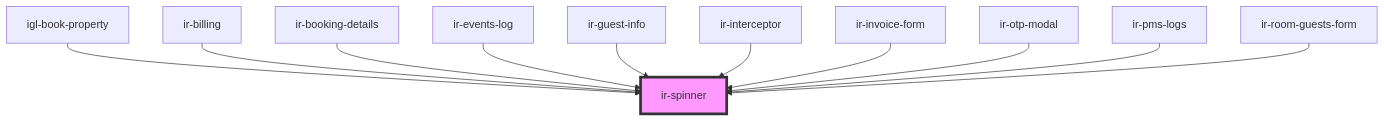
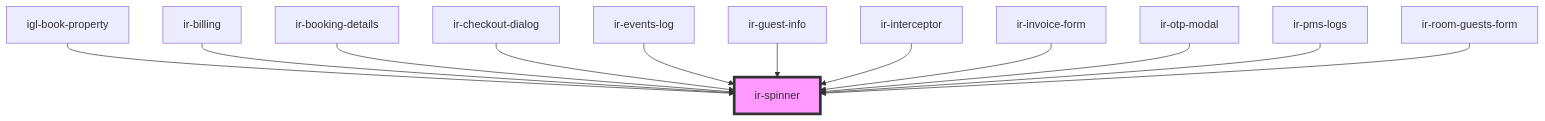
Before and after one commit to David1Chowaifaty/modified-ir-webcmp: the diagram in src/components/ui/ir-spinner/readme.md, drawn with Mermaid. The commit also changed other lines of this file and 20 other files, not shown here.

````diff
--- a/src/components/ui/ir-spinner/readme.md
+++ b/src/components/ui/ir-spinner/readme.md
@@ -34,14 +35,15 @@
 ```mermaid
 graph TD;
   igl-book-property --> ir-spinner
   ir-billing --> ir-spinner
   ir-booking-details --> ir-spinner
+  ir-checkout-dialog --> ir-spinner
   ir-events-log --> ir-spinner
   ir-guest-info --> ir-spinner
   ir-interceptor --> ir-spinner
   ir-invoice-form --> ir-spinner
   ir-otp-modal --> ir-spinner
   ir-pms-logs --> ir-spinner
   ir-room-guests-form --> ir-spinner
   style ir-spinner fill:#f9f,stroke:#333,stroke-width:4px
 ```
````
